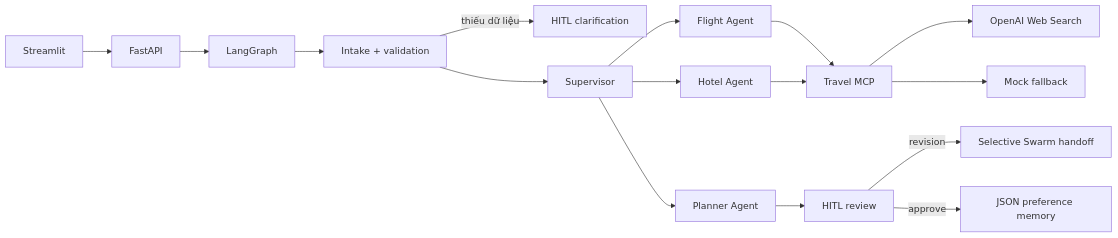
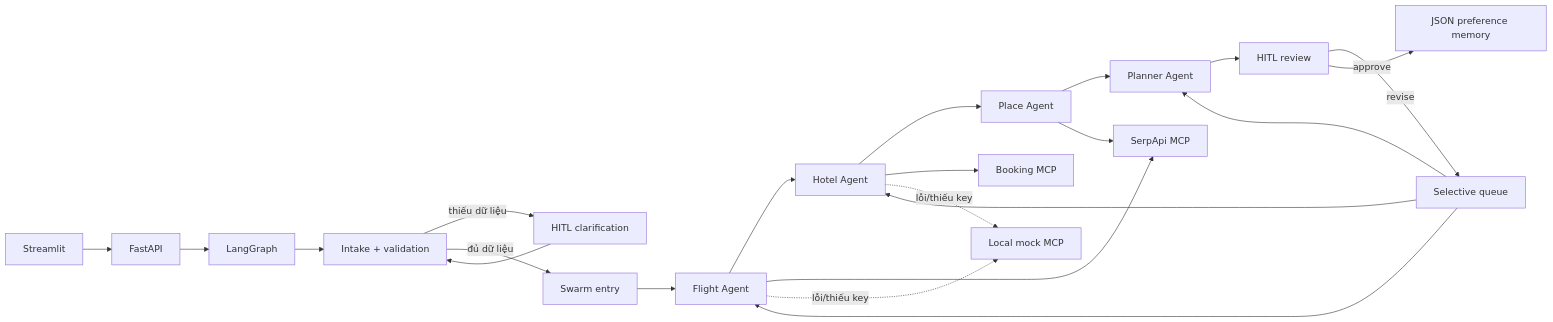
Before and after one commit to khanhlinh-jnf/agentic-travel-planner: the diagram in README.md, drawn with Mermaid. The commit also changed other lines of this file and 31 other files, not shown here.

Commit message:
feat: add swarm travel planning with MCP providers

````diff
--- a/README.md
+++ b/README.md
@@ -19,18 +29,24 @@
 ```mermaid
 flowchart LR
     UI[Streamlit] --> API[FastAPI]
     API --> G[LangGraph]
     G --> I[Intake + validation]
-    I -->|thiếu dữ liệu| H1[HITL clarification]
-    I --> S[Supervisor]
+    I -->|thiếu dữ liệu| C[HITL clarification]
+    C --> I
+    I -->|đủ dữ liệu| S[Swarm entry]
     S --> F[Flight Agent]
-    S --> H[Hotel Agent]
-    S --> P[Planner Agent]
-    F --> MCP[Travel MCP]
-    H --> MCP
-    MCP --> W[OpenAI Web Search]
-    MCP --> M[Mock fallback]
-    P --> H2[HITL review]
-    H2 -->|revision| SW[Selective Swarm handoff]
-    H2 -->|approve| MEM[JSON preference memory]
+    F --> H[Hotel Agent]
+    H --> L[Place Agent]
+    L --> P[Planner Agent]
+    P --> R[HITL review]
+    R -->|revise| Q[Selective queue]
+    Q --> F
+    Q --> H
+    Q --> P
+    R -->|approve| MEM[JSON preference memory]
+    F --> SMCP[SerpApi MCP]
+    H --> BMCP[Booking MCP]
+    L --> SMCP
+    F -. lỗi/thiếu key .-> MOCK[Local mock MCP]
+    H -. lỗi/thiếu key .-> MOCK
 ```
````
